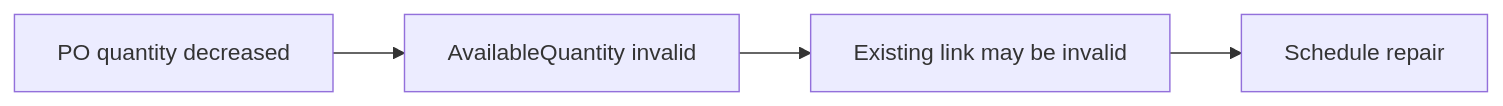
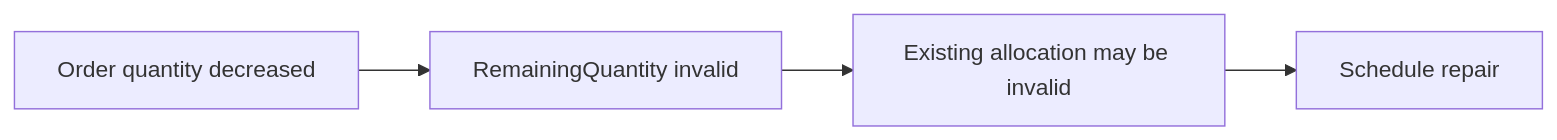
Before and after one commit to Raffinert/Consistency: the third of 3 diagrams in README.md, drawn with Mermaid. The commit also changed other lines of this file and 2 other files, not shown here.

Commit message:
docs: replace procurement examples with order fulfillment

````diff
--- a/README.md
+++ b/README.md
@@ -236,6 +236,6 @@
 ```mermaid
 flowchart LR
-    Q[PO quantity decreased] --> A[AvailableQuantity invalid]
-    A --> L[Existing link may be invalid]
+    Q[Order quantity decreased] --> A[RemainingQuantity invalid]
+    A --> L[Existing allocation may be invalid]
     L --> R[Schedule repair]
 ```
````
